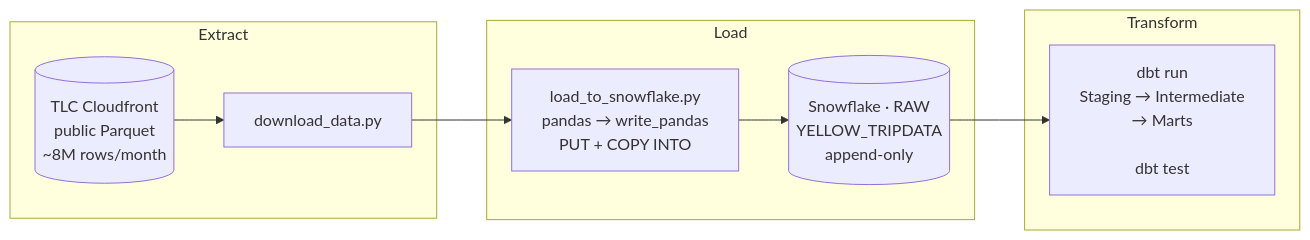
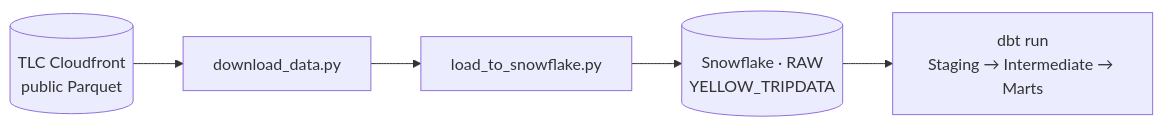
Before and after one commit to bpraveen92/Data-Engineering-Projects: the first of 2 diagrams in snowflake-nyc-taxi-analytics/docs/ARCHITECTURE.md, drawn with Mermaid. The commit also changed other lines of this file and 20 other files, not shown here.

````diff
--- a/snowflake-nyc-taxi-analytics/docs/ARCHITECTURE.md
+++ b/snowflake-nyc-taxi-analytics/docs/ARCHITECTURE.md
@@ -13,16 +13,10 @@
 ```mermaid
 flowchart LR
-    subgraph E["Extract"]
-        tlc[("TLC Cloudfront\npublic Parquet\n~8M rows/month")]
-        dl["download_data.py"]
-    end
-    subgraph L["Load"]
-        ld["load_to_snowflake.py\npandas → write_pandas\nPUT + COPY INTO"]
-        raw[("Snowflake · RAW\nYELLOW_TRIPDATA\nappend-only")]
-    end
-    subgraph T["Transform"]
-        dbt["dbt run\nStaging → Intermediate\n→ Marts\n\ndbt test"]
-    end
+    tlc[("TLC Cloudfront\npublic Parquet")]
+    dl["download_data.py"]
+    ld["load_to_snowflake.py"]
+    raw[("Snowflake · RAW\nYELLOW_TRIPDATA")]
+    dbt["dbt run\nStaging → Intermediate → Marts"]
 
     tlc --> dl --> ld --> raw --> dbt
 ```
````
